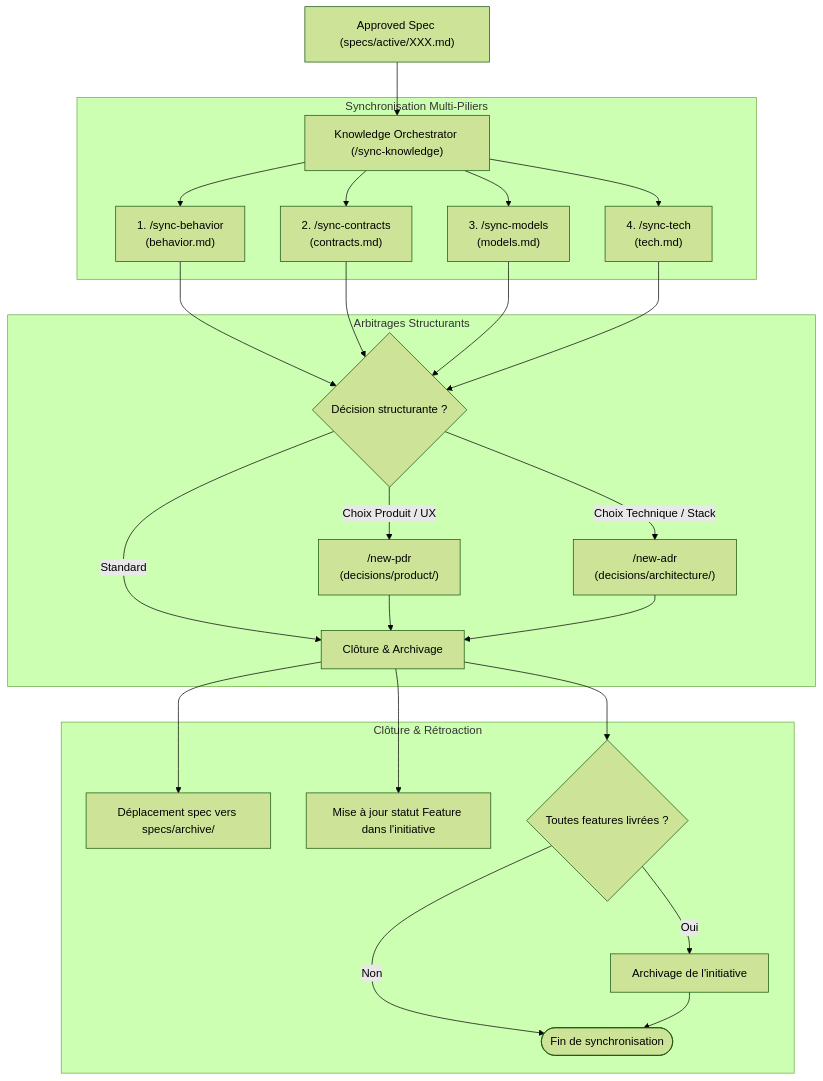
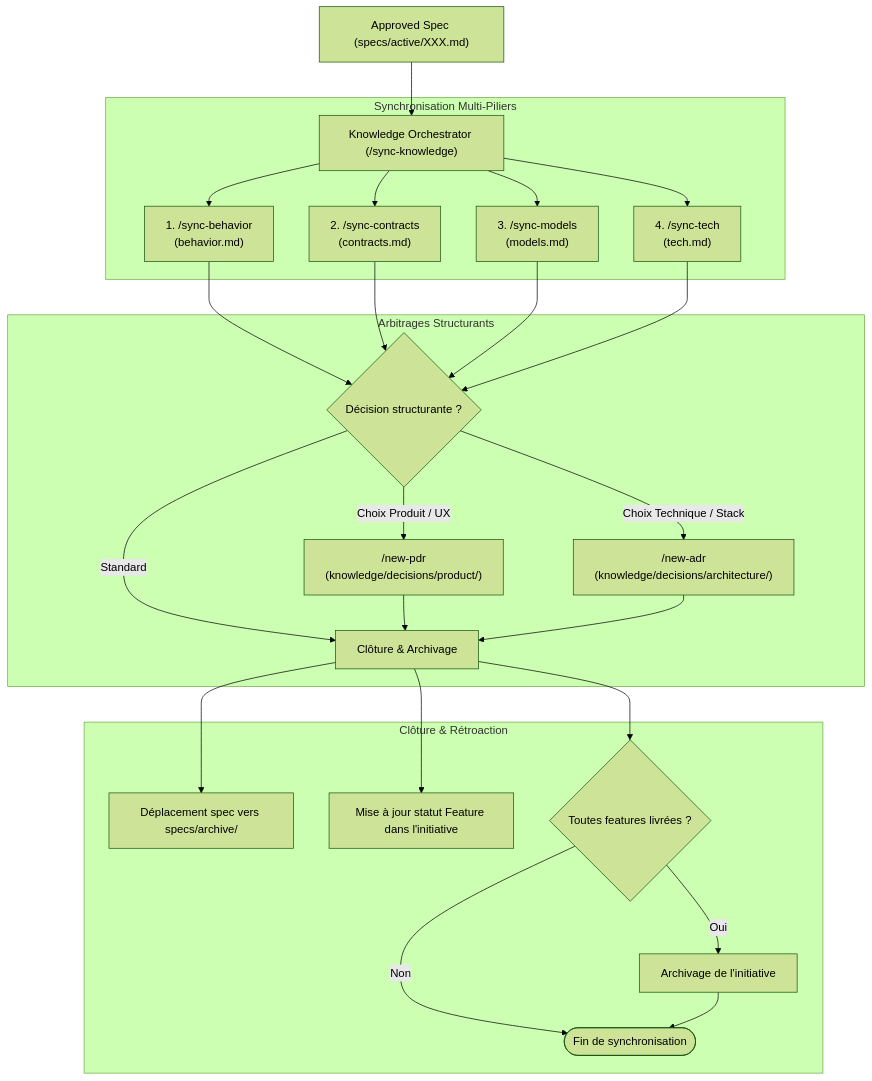
One commit to ngdo-pro/sdd changed the diagram in agents/knowledge-orchestrator.md. Above: the diagram before and after it, drawn with Mermaid (forest theme). The commit also changed other lines of this file and 52 other files, not shown here.

````diff
--- a/agents/knowledge-orchestrator.md
+++ b/agents/knowledge-orchestrator.md
@@ -11,29 +11,29 @@
 ```mermaid
 flowchart TD
     SPEC["Approved Spec (specs/active/XXX.md)"] --> ORCH["Knowledge Orchestrator (/sync-knowledge)"]
     
     subgraph Synchronisation Multi-Piliers
         ORCH --> B["1. /sync-behavior<br>(behavior.md)"]
         ORCH --> C["2. /sync-contracts<br>(contracts.md)"]
         ORCH --> M["3. /sync-models<br>(models.md)"]
         ORCH --> T["4. /sync-tech<br>(tech.md)"]
     end
     
     subgraph Arbitrages Structurants
         B & C & M & T --> DEC{"Décision structurante ?"}
-        DEC -->|Choix Produit / UX| PDR["/new-pdr<br>(decisions/product/)"]
-        DEC -->|Choix Technique / Stack| ADR["/new-adr<br>(decisions/architecture/)"]
+        DEC -->|Choix Produit / UX| PDR["/new-pdr<br>(knowledge/decisions/product/)"]
+        DEC -->|Choix Technique / Stack| ADR["/new-adr<br>(knowledge/decisions/architecture/)"]
         DEC -->|Standard| CLOSE["Clôture & Archivage"]
         PDR --> CLOSE
         ADR --> CLOSE
     end
     
     subgraph Clôture & Rétroaction
         CLOSE --> ARCH["Déplacement spec vers specs/archive/"]
         CLOSE --> FEAT["Mise à jour statut Feature dans l'initiative"]
         CLOSE --> INIT{"Toutes features livrées ?"}
         INIT -->|Oui| ARCH_INIT["Archivage de l'initiative"]
         INIT -->|Non| DONE(["Fin de synchronisation"])
         ARCH_INIT --> DONE
     end
 ```
````
